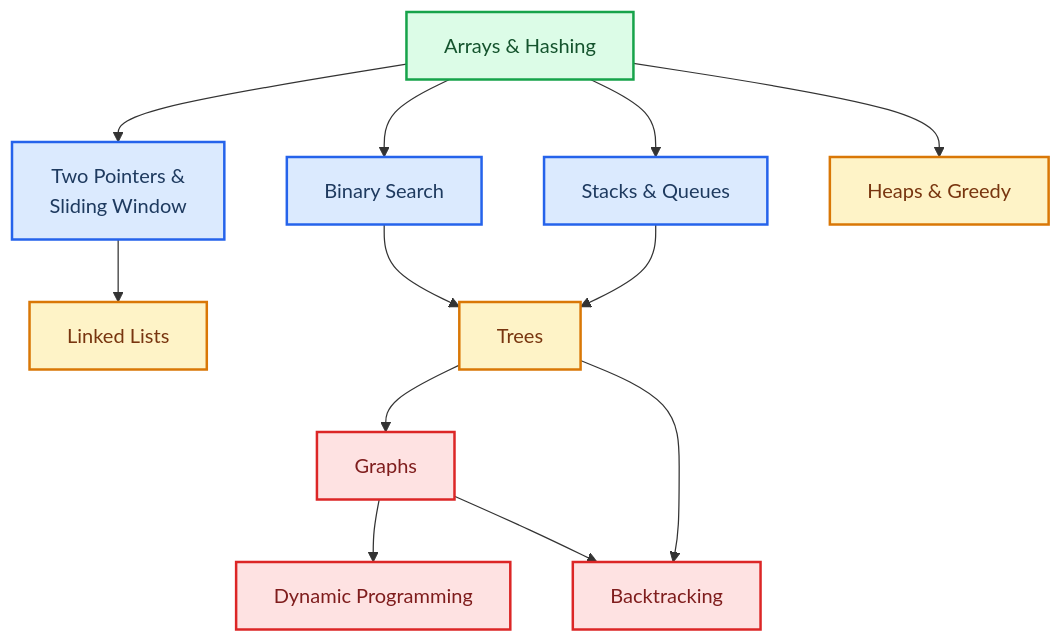
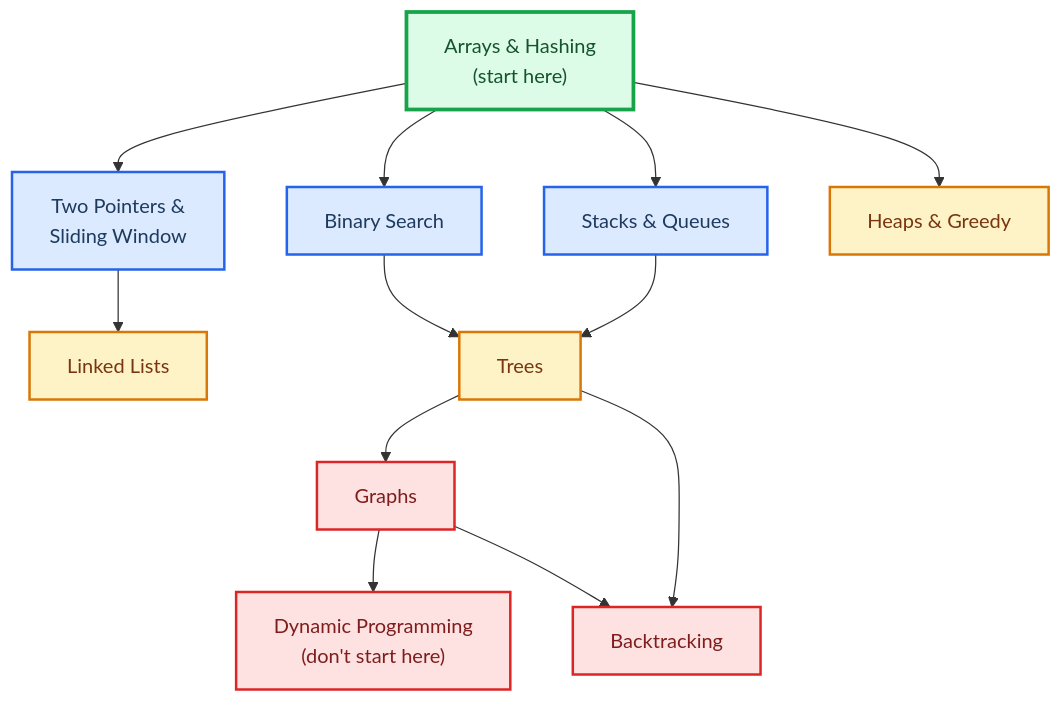
Before and after one commit to saivamsikaruturi/vamsilabs-dev-notes-main: the diagram in docs/dsa/index.md, drawn with Mermaid. The commit also changed other lines of this file and 17 other files, not shown here.

````diff
--- a/docs/dsa/index.md
+++ b/docs/dsa/index.md
@@ -25,25 +81,25 @@
 ```mermaid
 flowchart TD
-    AH["Arrays & Hashing"] --> TP["Two Pointers &\nSliding Window"]
+    AH["Arrays & Hashing<br/>(start here)"] --> TP["Two Pointers &<br/>Sliding Window"]
     AH --> BS["Binary Search"]
     AH --> SQ["Stacks & Queues"]
     TP --> LL["Linked Lists"]
     SQ --> T["Trees"]
     BS --> T
     T --> G["Graphs"]
     AH --> HP["Heaps & Greedy"]
-    G --> DP["Dynamic Programming"]
+    G --> DP["Dynamic Programming<br/>(don't start here)"]
     T --> BT["Backtracking"]
     G --> BT
 
-    style AH fill:#DCFCE7,stroke:#16A34A,stroke-width:2px,color:#14532D
+    style AH fill:#DCFCE7,stroke:#16A34A,stroke-width:3px,color:#14532D
     style TP fill:#DBEAFE,stroke:#2563EB,stroke-width:2px,color:#1E3A5F
     style BS fill:#DBEAFE,stroke:#2563EB,stroke-width:2px,color:#1E3A5F
     style SQ fill:#DBEAFE,stroke:#2563EB,stroke-width:2px,color:#1E3A5F
     style LL fill:#FEF3C7,stroke:#D97706,stroke-width:2px,color:#78350F
     style T fill:#FEF3C7,stroke:#D97706,stroke-width:2px,color:#78350F
     style G fill:#FEE2E2,stroke:#DC2626,stroke-width:2px,color:#7F1D1D
     style HP fill:#FEF3C7,stroke:#D97706,stroke-width:2px,color:#78350F
     style DP fill:#FEE2E2,stroke:#DC2626,stroke-width:2px,color:#7F1D1D
     style BT fill:#FEE2E2,stroke:#DC2626,stroke-width:2px,color:#7F1D1D
 ```
````
